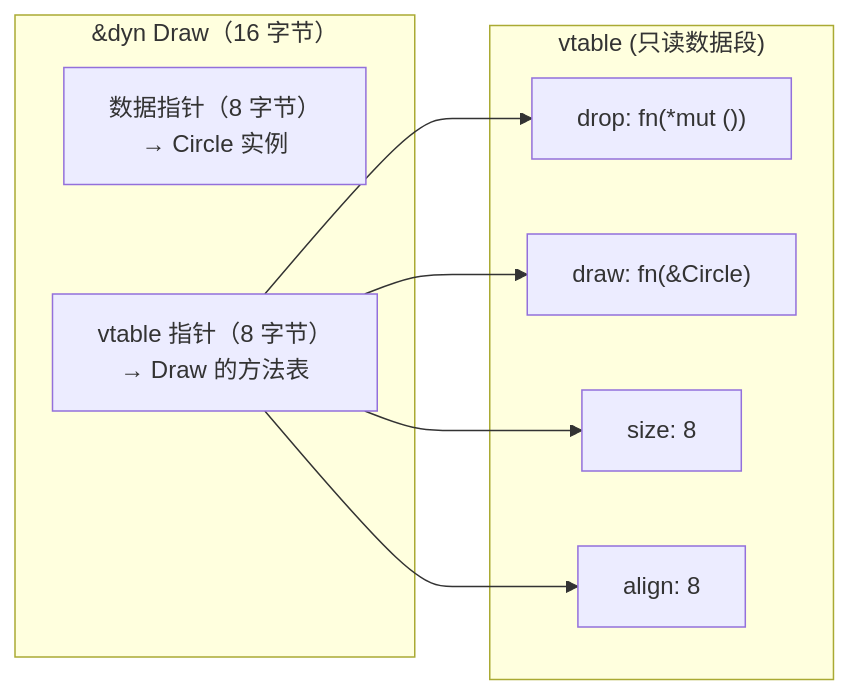
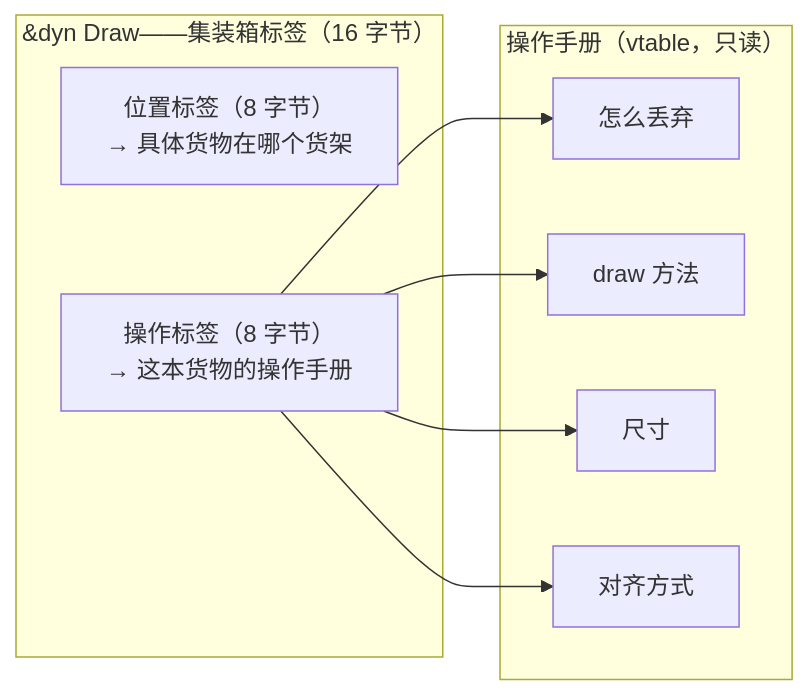
Before and after one commit to qknow-0/blog: the second of 2 diagrams in languages/rust/box-dyn.md, drawn with Mermaid. The commit also changed other lines of this file and 10 other files, not shown here.

Commit message:
docs: Rust 全系列比喻重写——搬家/停车票/背包/快递/应聘/集装箱/图书馆/公寓楼/食品质检/酒店

````diff
--- a/languages/rust/box-dyn.md
+++ b/languages/rust/box-dyn.md
@@ -132,19 +136,19 @@
 ```mermaid
 flowchart LR
-    subgraph "&dyn Draw（16 字节）"
-        DataPtr["数据指针（8 字节）<br/>→ Circle 实例"]
-        VTablePtr["vtable 指针（8 字节）<br/>→ Draw 的方法表"]
+    subgraph "&dyn Draw——集装箱标签（16 字节）"
+        DataPtr["位置标签（8 字节）<br/>→ 具体货物在哪个货架"]
+        VTablePtr["操作标签（8 字节）<br/>→ 这本货物的操作手册"]
     end
 
-    subgraph "vtable (只读数据段)"
-        Drop["drop: fn(*mut ())"]
-        DrawFn["draw: fn(&Circle)"]
-        Size["size: 8"]
-        Align["align: 8"]
+    subgraph "操作手册（vtable，只读）"
+        Drop["怎么丢弃"]
+        DrawFn["draw 方法"]
+        Size["尺寸"]
+        Align["对齐方式"]
     end
 
     VTablePtr --> Drop
     VTablePtr --> DrawFn
     VTablePtr --> Size
     VTablePtr --> Align
 ```
````
